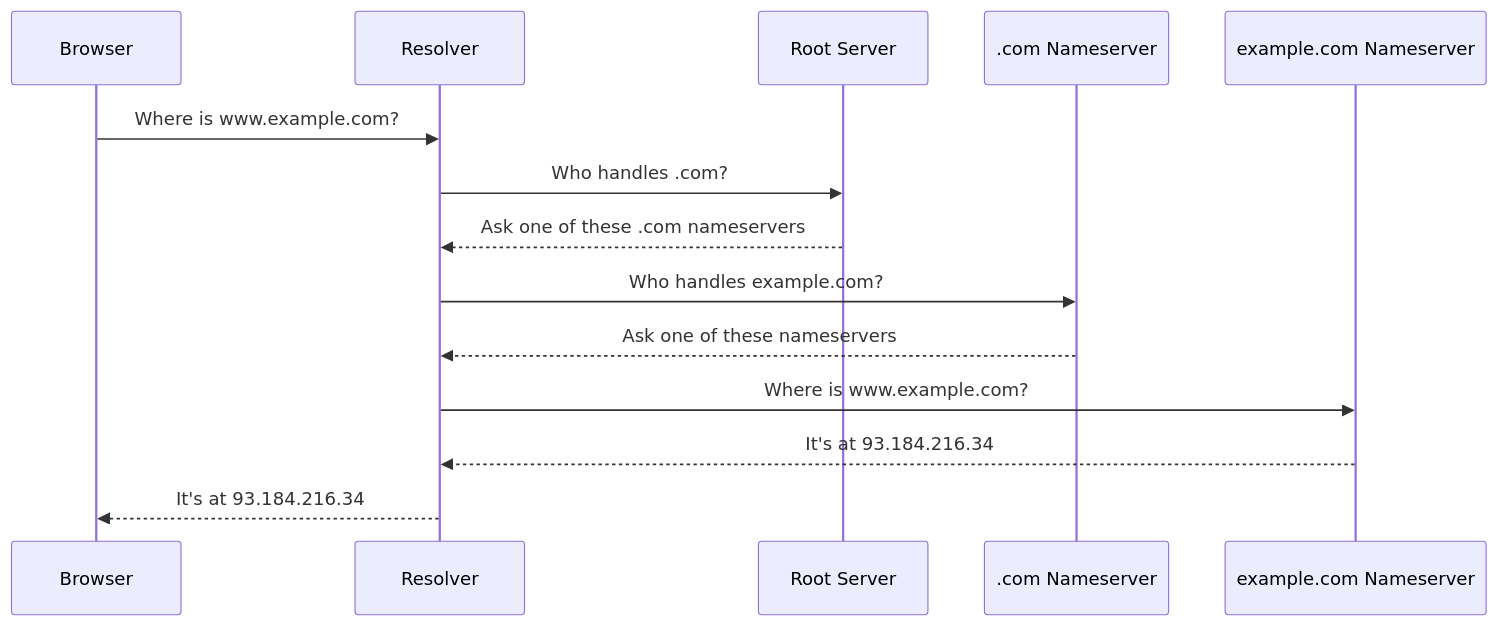
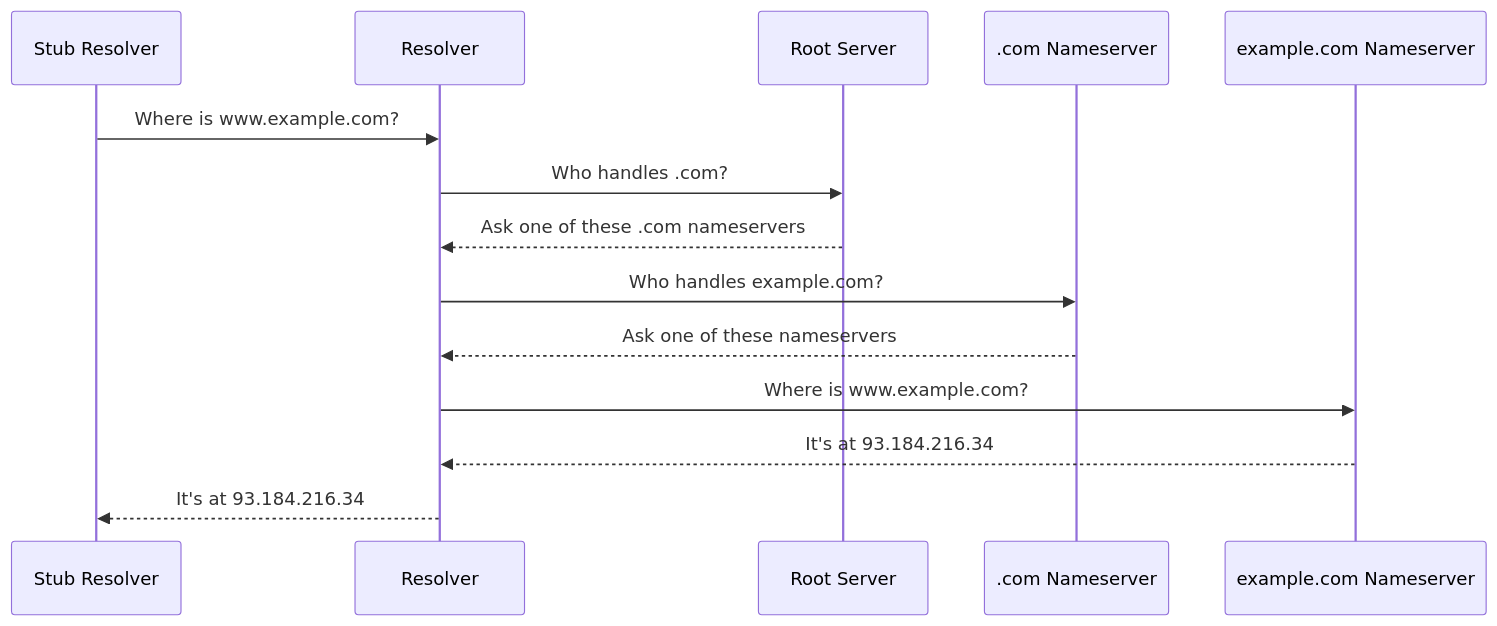
Before and after one commit to simonpainter/www.simonpainter.com: the diagram in blog/why-thirteen-root-servers.md, drawn with Mermaid. The commit also changed other lines of this file, not shown here.

````diff
--- a/blog/why-thirteen-root-servers.md
+++ b/blog/why-thirteen-root-servers.md
@@ -23,17 +25,17 @@
 ```mermaid
 sequenceDiagram
-    participant Browser
+    participant Browser as Stub Resolver
     participant Resolver
     participant RootServer as Root Server
     participant TLD as .com Nameserver
     participant Auth as example.com Nameserver
 
     Browser->>Resolver: Where is www.example.com?
     Resolver->>RootServer: Who handles .com?
     RootServer-->>Resolver: Ask one of these .com nameservers
     Resolver->>TLD: Who handles example.com?
     TLD-->>Resolver: Ask one of these nameservers
     Resolver->>Auth: Where is www.example.com?
     Auth-->>Resolver: It's at 93.184.216.34
     Resolver-->>Browser: It's at 93.184.216.34
 ```
````
